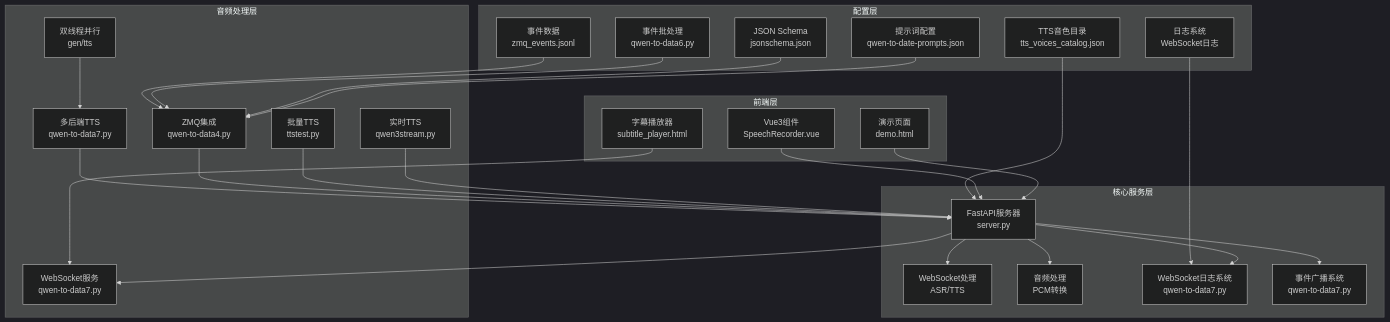
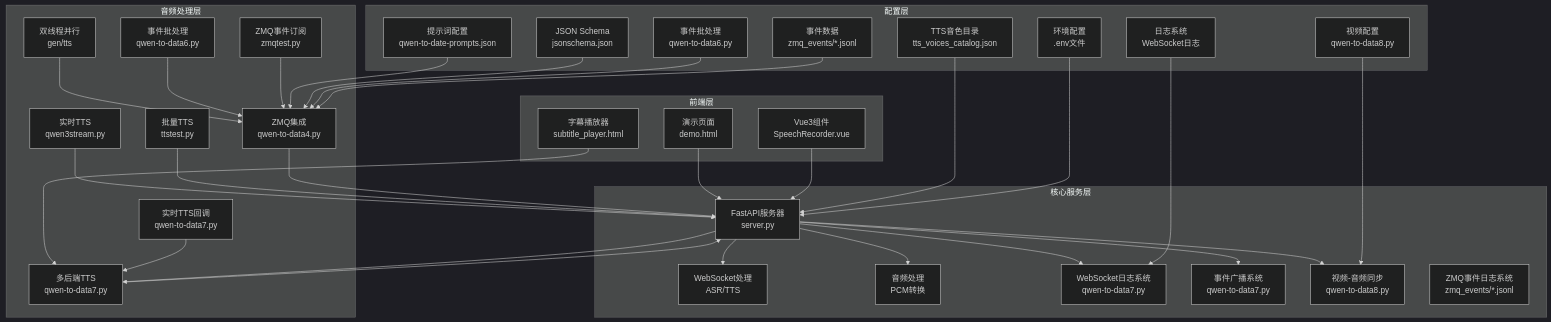
The first of 28 diagrams in .qoder/repowiki/zh/content/语音合成服务/实时TTS合成.md (1024dashen/Vue3Speech), drawn with Mermaid (dark theme) before and after one commit. The commit also changed other lines of this file and 9 other files, not shown here.

````diff
--- a/.qoder/repowiki/zh/content/语音合成服务/实时TTS合成.md
+++ b/.qoder/repowiki/zh/content/语音合成服务/实时TTS合成.md
@@ -72,50 +74,62 @@
 ```mermaid
 graph TB
 subgraph "核心服务层"
 A[FastAPI服务器<br/>server.py]
 B[WebSocket处理<br/>ASR/TTS]
 C[音频处理<br/>PCM转换]
 D[WebSocket日志系统<br/>qwen-to-data7.py]
 E[事件广播系统<br/>qwen-to-data7.py]
+F[视频-音频同步<br/>qwen-to-data8.py]
+G[ZMQ事件日志系统<br/>zmq_events/*.jsonl]
 end
 subgraph "前端层"
-F[演示页面<br/>demo.html]
-G[Vue3组件<br/>SpeechRecorder.vue]
-H[字幕播放器<br/>subtitle_player.html]
+H[演示页面<br/>demo.html]
+I[Vue3组件<br/>SpeechRecorder.vue]
+J[字幕播放器<br/>subtitle_player.html]
 end
 subgraph "音频处理层"
-I[实时TTS<br/>qwen3stream.py]
-J[批量TTS<br/>ttstest.py]
-K[ZMQ集成<br/>qwen-to-data4.py]
-L[多后端TTS<br/>qwen-to-data7.py]
-M[双线程并行<br/>gen/tts]
-N[WebSocket服务<br/>qwen-to-data7.py]
+K[实时TTS<br/>qwen3stream.py]
+L[批量TTS<br/>ttstest.py]
+M[ZMQ集成<br/>qwen-to-data4.py]
+N[多后端TTS<br/>qwen-to-data7.py]
+O[双线程并行<br/>gen/tts]
+P[事件批处理<br/>qwen-to-data6.py]
+Q[实时TTS回调<br/>qwen-to-data7.py]
+R[ZMQ事件订阅<br/>zmqtest.py]
 end
 subgraph "配置层"
-O[TTS音色目录<br/>tts_voices_catalog.json]
-P[提示词配置<br/>qwen-to-date-prompts.json]
-Q[JSON Schema<br/>jsonschema.json]
-R[事件批处理<br/>qwen-to-data6.py]
-S[事件数据<br/>zmq_events.jsonl]
-T[日志系统<br/>WebSocket日志]
+S[TTS音色目录<br/>tts_voices_catalog.json]
+T[提示词配置<br/>qwen-to-date-prompts.json]
+U[JSON Schema<br/>jsonschema.json]
+V[事件批处理<br/>qwen-to-data6.py]
+W[事件数据<br/>zmq_events/*.jsonl]
+X[日志系统<br/>WebSocket日志]
+Y[视频配置<br/>qwen-to-data8.py]
+Z[环境配置<br/>.env文件]
 end
 A --> B
 A --> C
 A --> D
 A --> E
+A --> F
 A --> N
-F --> A
-G --> A
-H --> N
+H --> A
 I --> A
-J --> A
+J --> N
 K --> A
 L --> A
-M --> L
-O --> A
-P --> K
-Q --> K
-R --> K
-S --> K
-T --> D
+M --> A
+N --> A
+O --> M
+P --> M
+Q --> N
+R --> M
+S --> A
+T --> M
+U --> M
+V --> M
+W --> M
+X --> D
+Y --> F
+Z --> A
 ```
````
